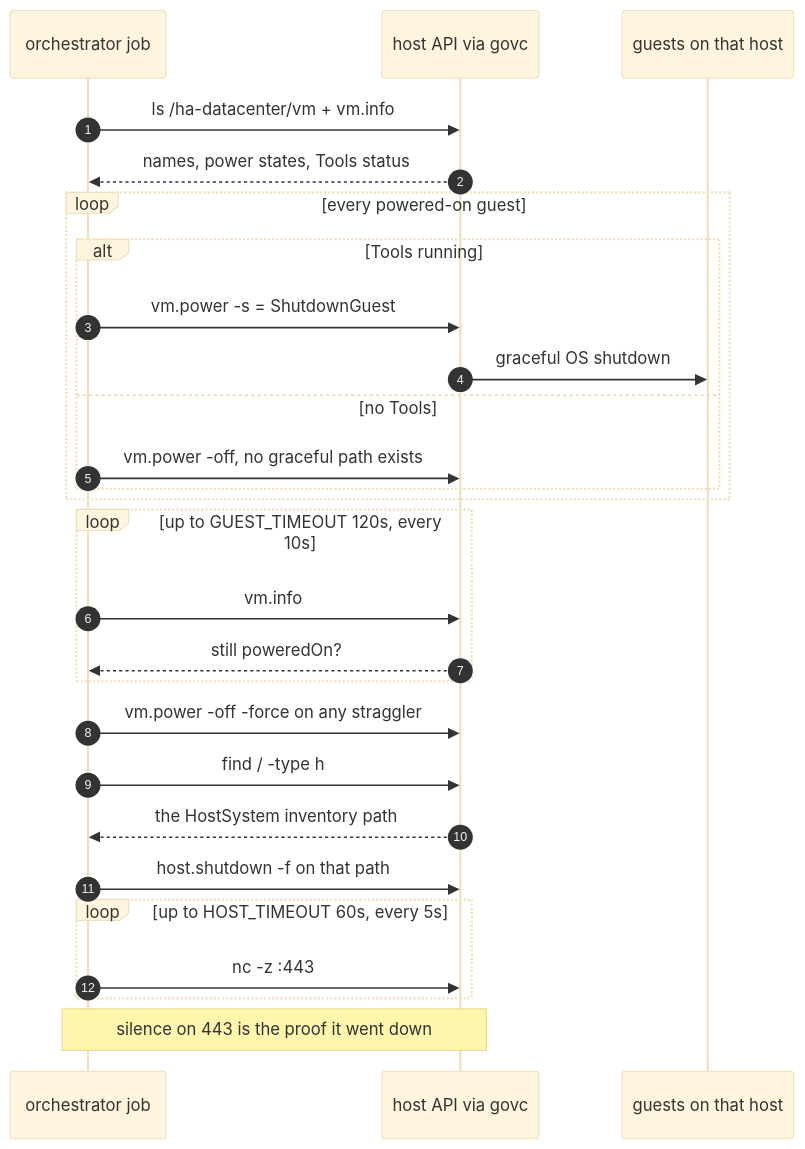
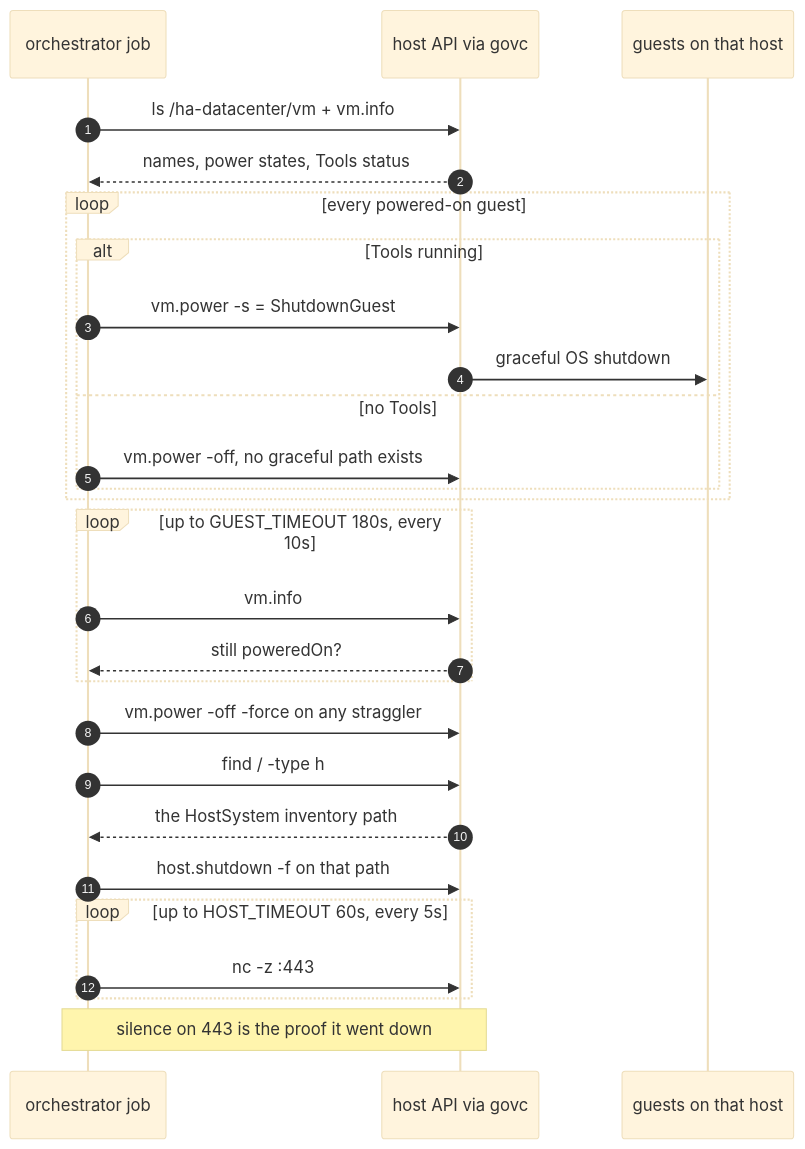
The second of 5 diagrams in docs/ups-graceful-shutdown.md (vollminlab/homelab-infrastructure), drawn with Mermaid (base theme) before and after one commit. The commit also changed other lines of this file and 1 other file, not shown here.

First line of the commit message:
fix(ups): raise GUEST_TIMEOUT to 180s — every node missed the 120s window

````diff
--- a/docs/ups-graceful-shutdown.md
+++ b/docs/ups-graceful-shutdown.md
@@ -173,30 +173,30 @@
 ```mermaid
 sequenceDiagram
     autonumber
     participant O as orchestrator job
     participant H as host API via govc
     participant G as guests on that host
 
     O->>H: ls /ha-datacenter/vm + vm.info
     H-->>O: names, power states, Tools status
     loop every powered-on guest
         alt Tools running
             O->>H: vm.power -s = ShutdownGuest
             H->>G: graceful OS shutdown
         else no Tools
             O->>H: vm.power -off, no graceful path exists
         end
     end
-    loop up to GUEST_TIMEOUT 120s, every 10s
+    loop up to GUEST_TIMEOUT 180s, every 10s
         O->>H: vm.info
         H-->>O: still poweredOn?
     end
     O->>H: vm.power -off -force on any straggler
     O->>H: find / -type h
     H-->>O: the HostSystem inventory path
     O->>H: host.shutdown -f on that path
     loop up to HOST_TIMEOUT 60s, every 5s
         O->>H: nc -z :443
     end
     Note over O,H: silence on 443 is the proof it went down
 ```
````
